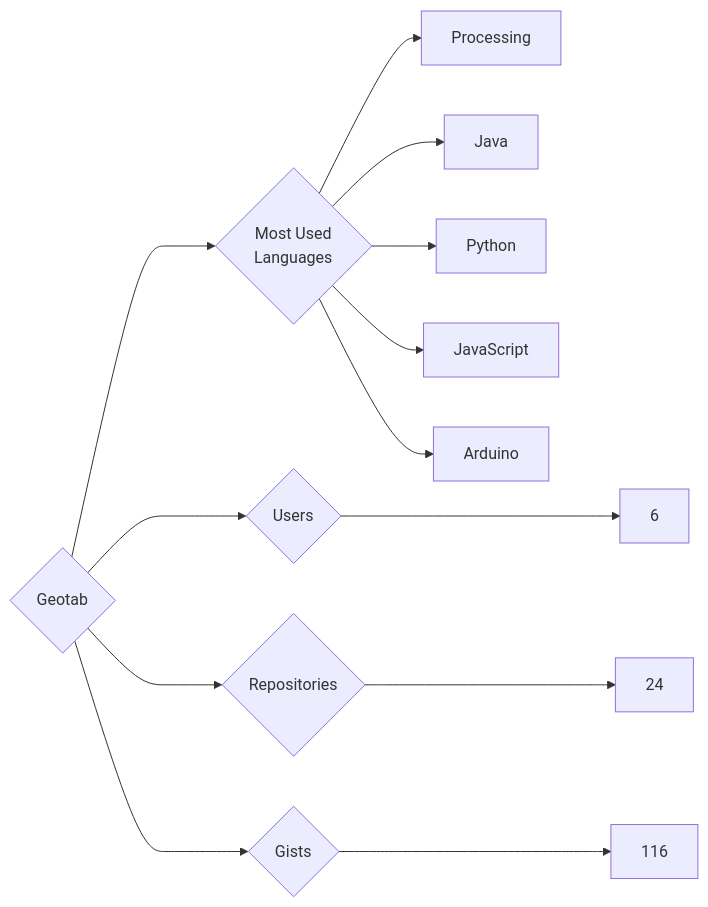
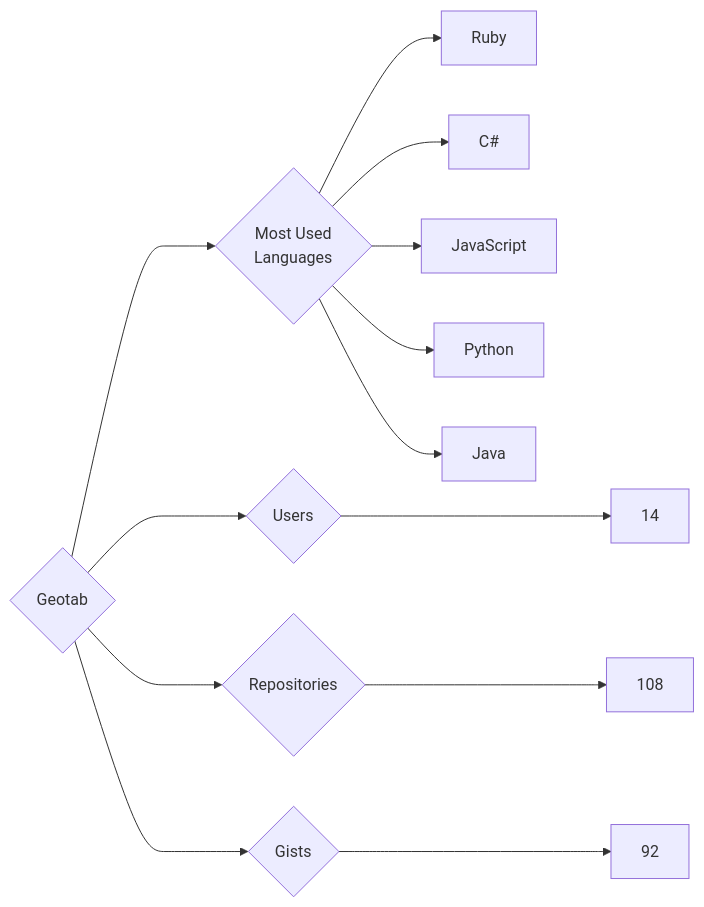
Before and after one commit to trickest/insiders: the diagram in targets/Geotab/README.md, drawn with Mermaid. The commit also changed 773 other files, not shown here.

````diff
--- a/targets/Geotab/README.md
+++ b/targets/Geotab/README.md
@@ -3,13 +3,13 @@
 ```mermaid
 graph LR
 COMPANY_NAME{Geotab}
-COMPANY_NAME ---> U{Users} ---> UN[6]
-COMPANY_NAME ---> R{Repositories} ---> RN[24]
-COMPANY_NAME ---> G{Gists} ---> GN[116]
+COMPANY_NAME ---> U{Users} ---> UN[14]
+COMPANY_NAME ---> R{Repositories} ---> RN[108]
+COMPANY_NAME ---> G{Gists} ---> GN[92]
 COMPANY_NAME ---> ML{Most Used<br>Languages}
-ML --> Processing[Processing]
+ML --> Ruby[Ruby]
+ML --> C#[C#]
+ML --> JavaScript[JavaScript]
+ML --> Python[Python]
 ML --> Java[Java]
-ML --> Python[Python]
-ML --> JavaScript[JavaScript]
-ML --> Arduino[Arduino]
 ```
````
